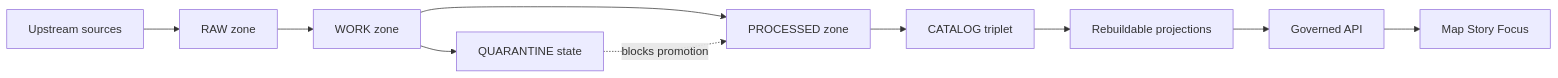
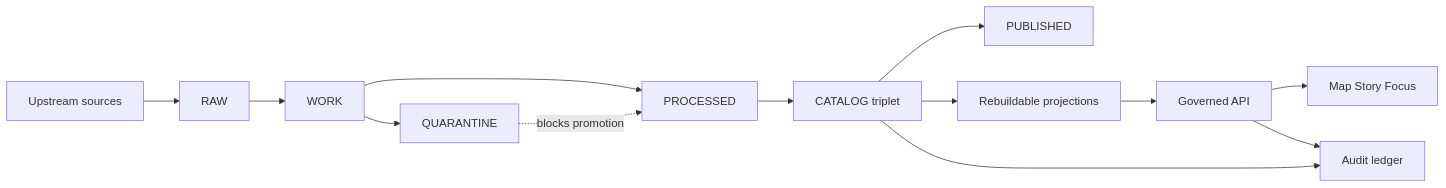
Before and after one commit to bartytime4life/Kansas-Frontier-Matrix: the diagram in data/README.md, drawn with Mermaid. The commit also changed other lines of this file, not shown here.

````diff
--- a/data/README.md
+++ b/data/README.md
@@ -69,13 +184,17 @@
 ```mermaid
 flowchart LR
-  U[Upstream sources] --> R[RAW zone]
-  R --> W[WORK zone]
-  W --> P[PROCESSED zone]
+  U[Upstream sources] --> R[RAW]
+  R --> W[WORK]
+  W --> P[PROCESSED]
   P --> C[CATALOG triplet]
+  C --> PUB[PUBLISHED]
   C --> IDX[Rebuildable projections]
   IDX --> API[Governed API]
   API --> UI[Map Story Focus]
 
-  W --> Q[QUARANTINE state]
+  W --> Q[QUARANTINE]
   Q -. blocks promotion .-> P
+
+  C --> AUD[Audit ledger]
+  API --> AUD
 ```
````
